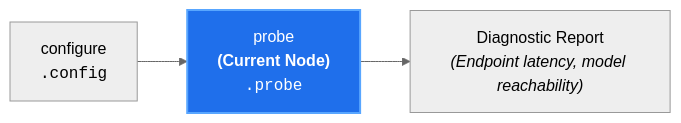
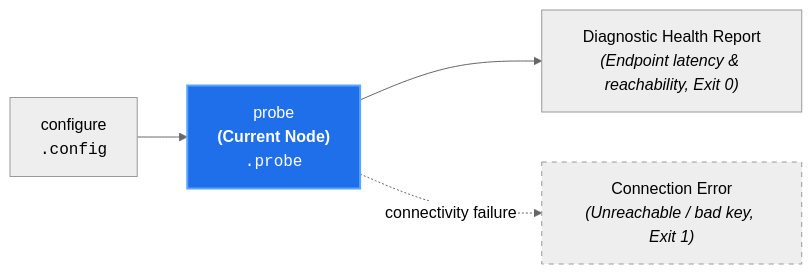
Before and after one commit to PAIR-code/canon-clerk: the diagram in docs/architecture/nodes/probe.md, drawn with Mermaid (neutral theme). The commit also changed 8 other files, not shown here.

Commit message:
docs(architecture): standardize localized node diagrams with standalone and exit paths

````diff
--- a/docs/architecture/nodes/probe.md
+++ b/docs/architecture/nodes/probe.md
@@ -21,7 +21,10 @@
 ```mermaid
 flowchart LR
     Config["configure<br/><code>.config</code>"] --> Probe["probe<br/><b>(Current Node)</b><br/><code>.probe</code>"]
-    Probe --> Output["Diagnostic Report<br/><i>(Endpoint latency, model reachability)</i>"]
+
+    Probe --> Report["Diagnostic Health Report<br/><i>(Endpoint latency & reachability, Exit 0)</i>"]
+    Probe -. "connectivity failure" .-> Failure["Connection Error<br/><i>(Unreachable / bad key, Exit 1)</i>"]
 
     style Probe fill:#1f6feb,stroke:#58a6ff,stroke-width:2px,color:#fff
+    style Failure stroke-dasharray: 5 5
 ```
````
